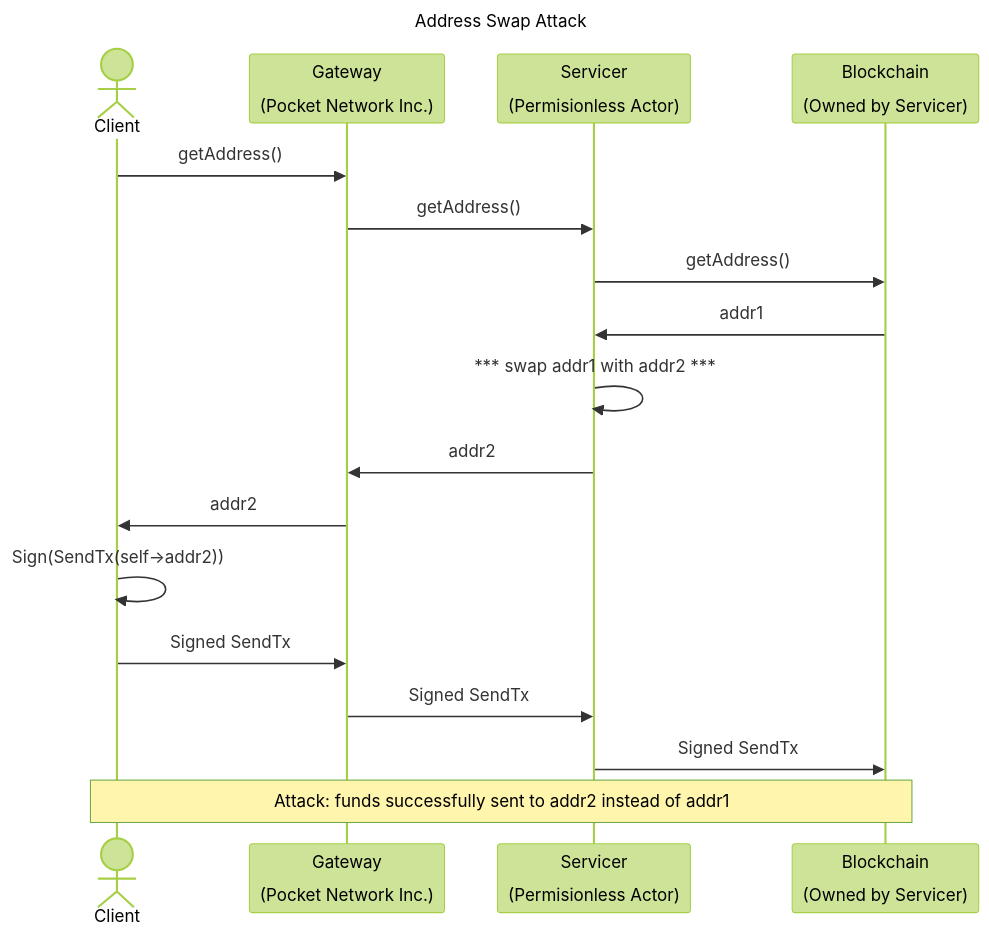
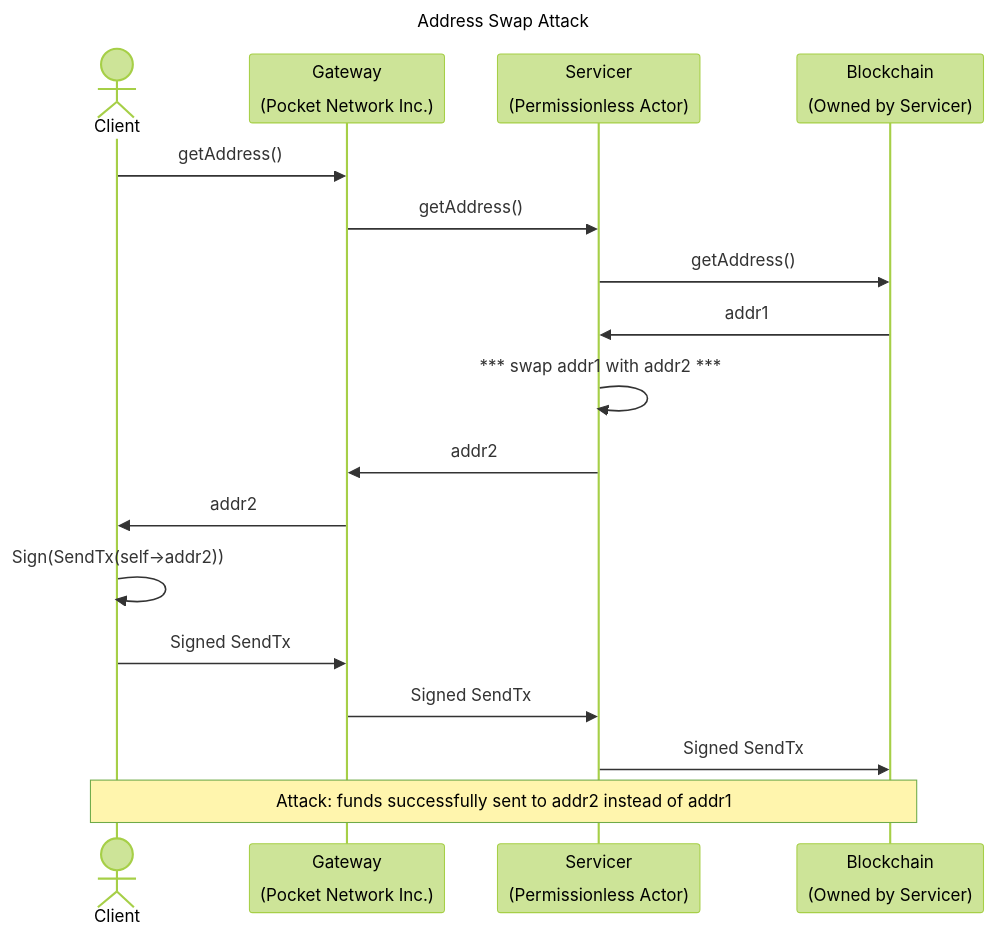
Before and after one commit to pokt-network/pocket-network-protocol: the second of 2 diagrams in utility/.ideas.md, drawn with Mermaid (forest theme).

````diff
--- a/utility/.ideas.md
+++ b/utility/.ideas.md
@@ -77,26 +77,26 @@
 ```mermaid
 sequenceDiagram
     title Address Swap Attack
 
     actor C as Client
     participant P as Gateway<br><br>(Pocket Network Inc.)
-    participant SN as Servicer<br><br>(Permisionless Actor)
+    participant SN as Servicer<br><br>(Permissionless Actor)
     participant BN as Blockchain<br><br>(Owned by Servicer)
 
     %% Get the address to send the money too
     C->>P: getAddress()
     P->>SN: getAddress()
     SN->>BN: getAddress()
     BN->>SN: addr1
     SN->>SN: *** swap addr1 with addr2 ***
     SN->>P: addr2
     P->>C: addr2
 
     %% Send money to wrong address
     C->>C: Sign(SendTx(self->addr2))
     C->>P: Signed SendTx
     P->>SN: Signed SendTx
     SN->>BN: Signed SendTx
 
     Note over C, BN: Attack: funds successfully sent to addr2 instead of addr1
 ```
````
